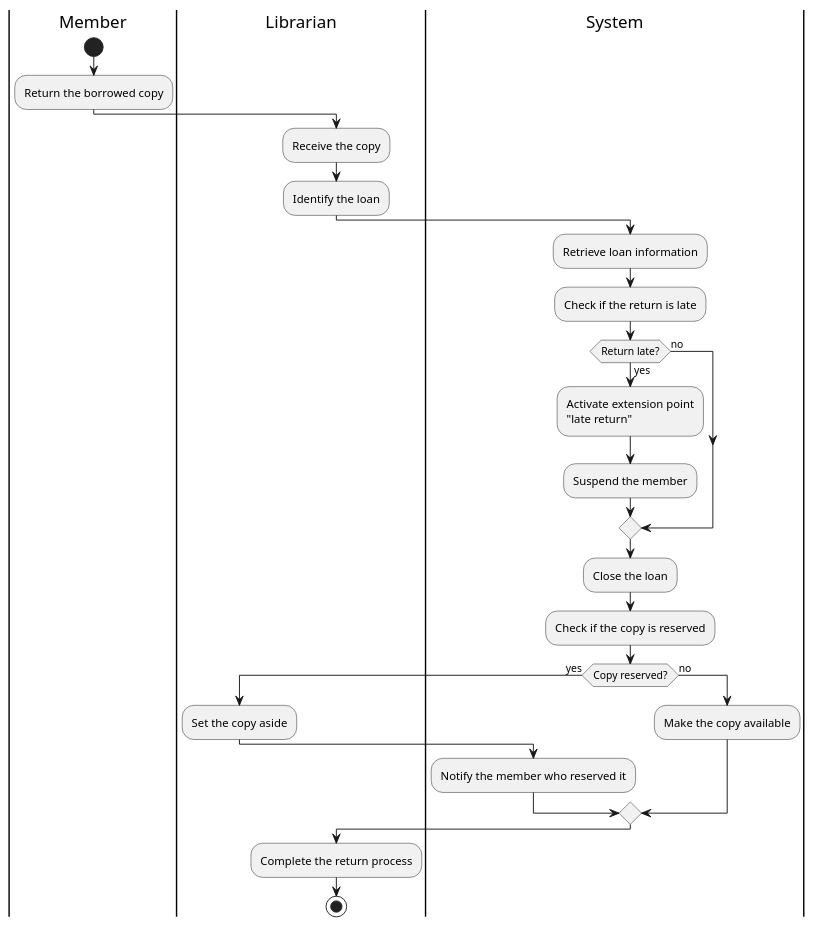
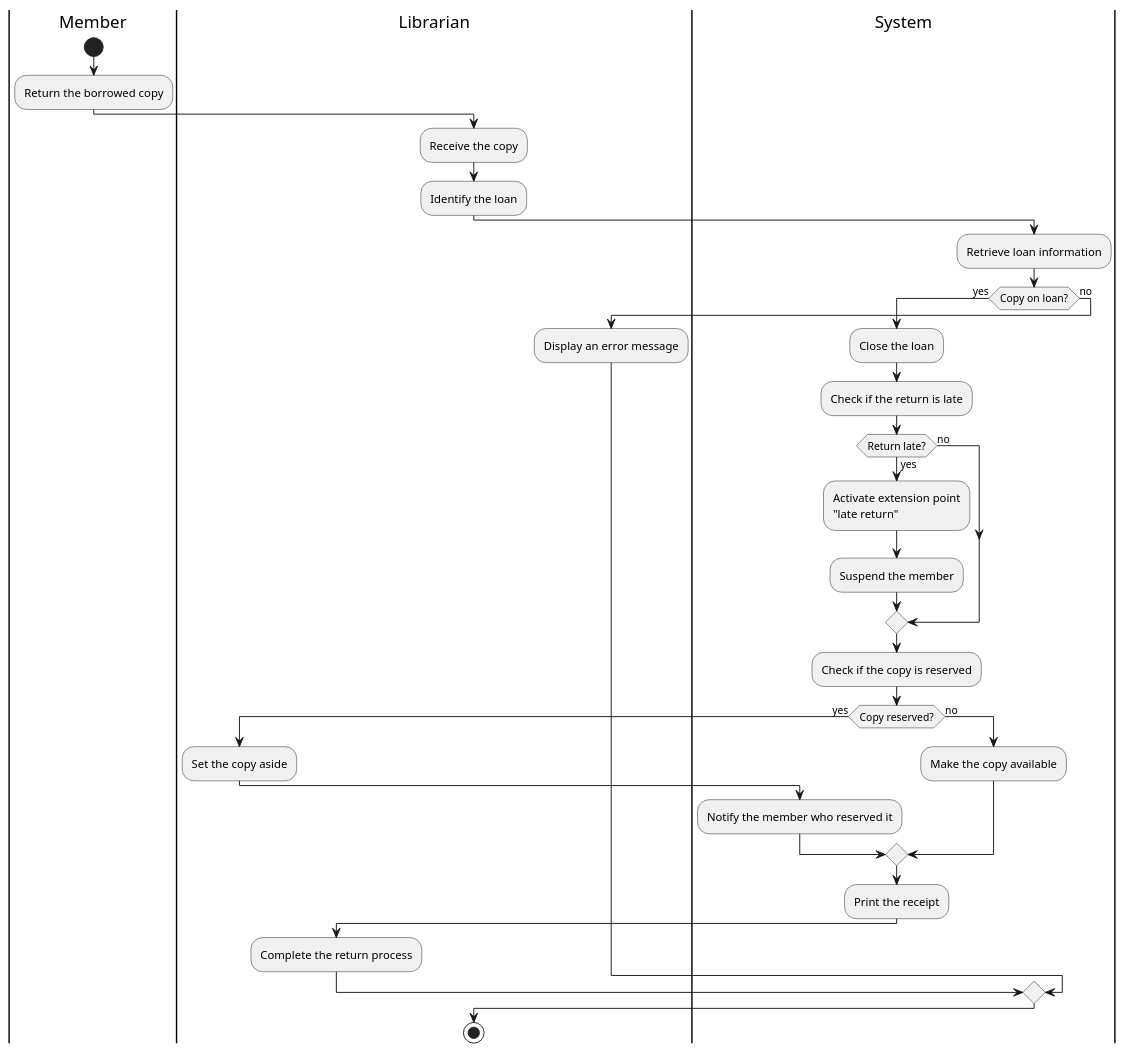
One commit to abderrahimbelfar/tp2-library changed the diagram in docs/uml/register-return-activity.puml. Above: the diagram before and after it, drawn with PlantUML. The commit also changed 7 other files, not shown here.

```diff
--- a/docs/uml/register-return-activity.puml
+++ b/docs/uml/register-return-activity.puml
@@ -1,38 +1,47 @@
 @startuml
 
 |Member|
 start
 :Return the borrowed copy;
 
 |Librarian|
 :Receive the copy;
 :Identify the loan;
 
 |System|
 :Retrieve loan information;
-:Check if the return is late;
 
-if (Return late?) then (yes)
-  :Activate extension point\n"late return";
-  :Suspend the member;
+if (Copy on loan?) then (yes)
+
+  :Close the loan;
+  :Check if the return is late;
+
+  if (Return late?) then (yes)
+    :Activate extension point\n"late return";
+    :Suspend the member;
+  else (no)
+  endif
+
+  :Check if the copy is reserved;
+
+  if (Copy reserved?) then (yes)
+    |Librarian|
+    :Set the copy aside;
+
+    |System|
+    :Notify the member who reserved it;
+  else (no)
+    :Make the copy available;
+  endif
+
+  :Print the receipt;
+
+  |Librarian|
+  :Complete the return process;
+
 else (no)
+  :Display an error message;
 endif
-
-:Close the loan;
-:Check if the copy is reserved;
-
-if (Copy reserved?) then (yes)
-  |Librarian|
-  :Set the copy aside;
-
-  |System|
-  :Notify the member who reserved it;
-else (no)
-  :Make the copy available;
-endif
-
-|Librarian|
-:Complete the return process;
 
 stop
 @enduml
```
